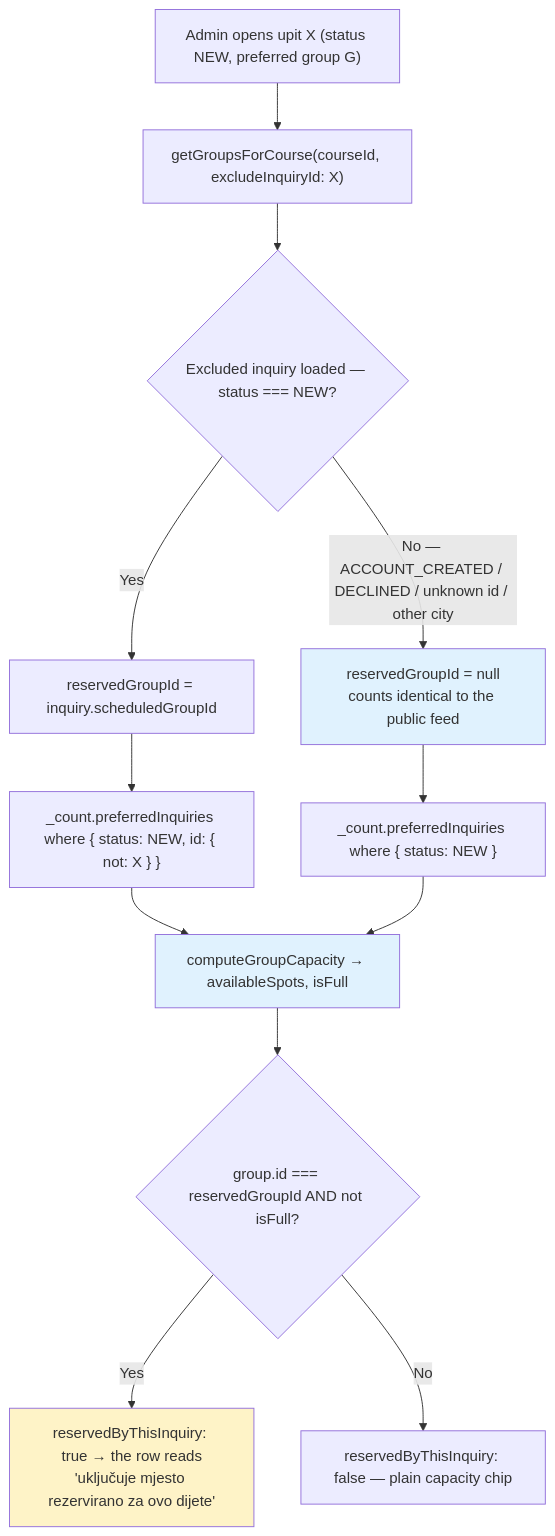
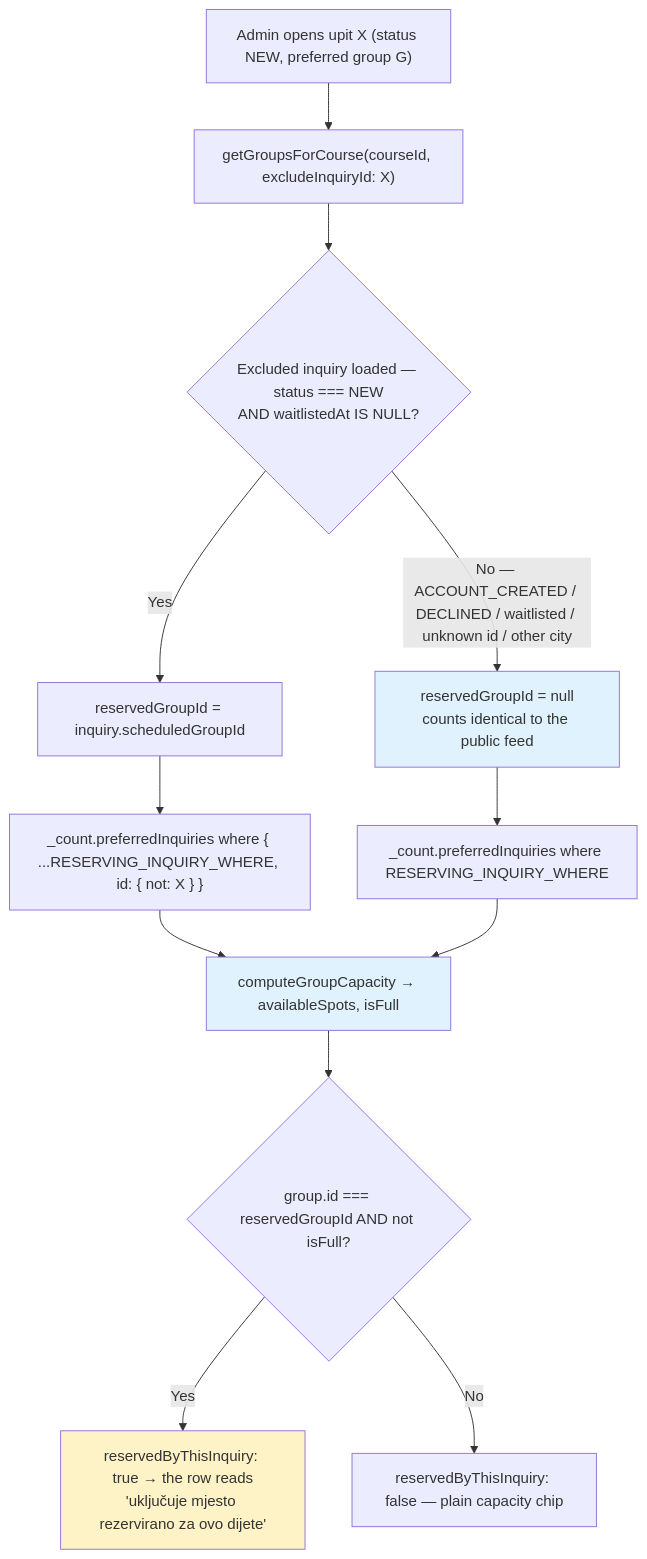
The fifth of 17 diagrams in docs/diagrams/enrollment-rules.md (jpucic00/inovatic), drawn with Mermaid before and after one commit. The commit also changed other lines of this file and 19 other files, not shown here.

````diff
--- a/docs/diagrams/enrollment-rules.md
+++ b/docs/diagrams/enrollment-rules.md
@@ -197,18 +212,18 @@
 ```mermaid
 flowchart TD
     A["Admin opens upit X (status NEW, preferred group G)"] --> B["getGroupsForCourse(courseId, excludeInquiryId: X)"]
-    B --> C{"Excluded inquiry loaded — status === NEW?"}
-    C -->|"No — ACCOUNT_CREATED / DECLINED / unknown id / other city"| D["reservedGroupId = null<br/>counts identical to the public feed"]
+    B --> C{"Excluded inquiry loaded — status === NEW<br/>AND waitlistedAt IS NULL?"}
+    C -->|"No — ACCOUNT_CREATED / DECLINED / waitlisted / unknown id / other city"| D["reservedGroupId = null<br/>counts identical to the public feed"]
     C -->|Yes| E["reservedGroupId = inquiry.scheduledGroupId"]
-    D --> F2["_count.preferredInquiries where { status: NEW }"]
-    E --> F1["_count.preferredInquiries where { status: NEW, id: { not: X } }"]
+    D --> F2["_count.preferredInquiries where RESERVING_INQUIRY_WHERE"]
+    E --> F1["_count.preferredInquiries where { ...RESERVING_INQUIRY_WHERE, id: { not: X } }"]
     F1 --> G["computeGroupCapacity → availableSpots, isFull"]
     F2 --> G
     G --> H{"group.id === reservedGroupId AND not isFull?"}
     H -->|Yes| I["reservedByThisInquiry: true → the row reads<br/>'uključuje mjesto rezervirano za ovo dijete'"]
     H -->|No| J["reservedByThisInquiry: false — plain capacity chip"]
 
     style I fill:#fef3c7
     style D fill:#e0f2fe
     style G fill:#e0f2fe
 ```
````
